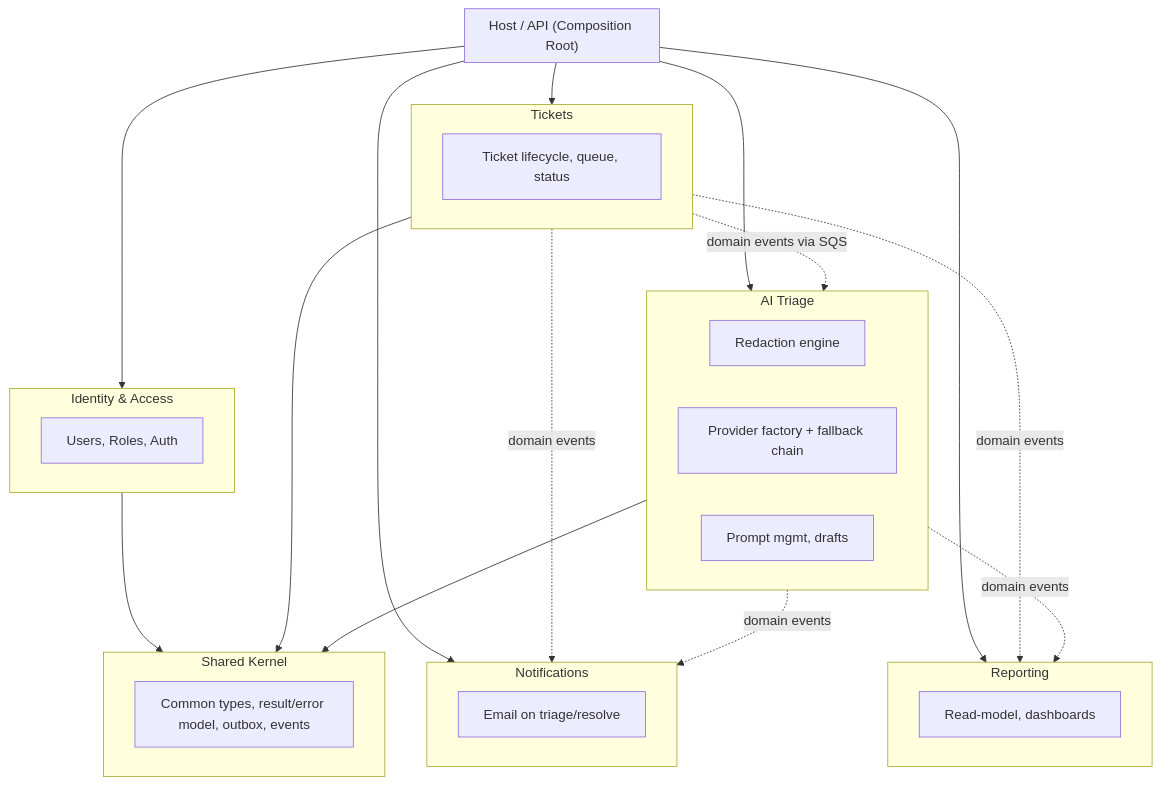
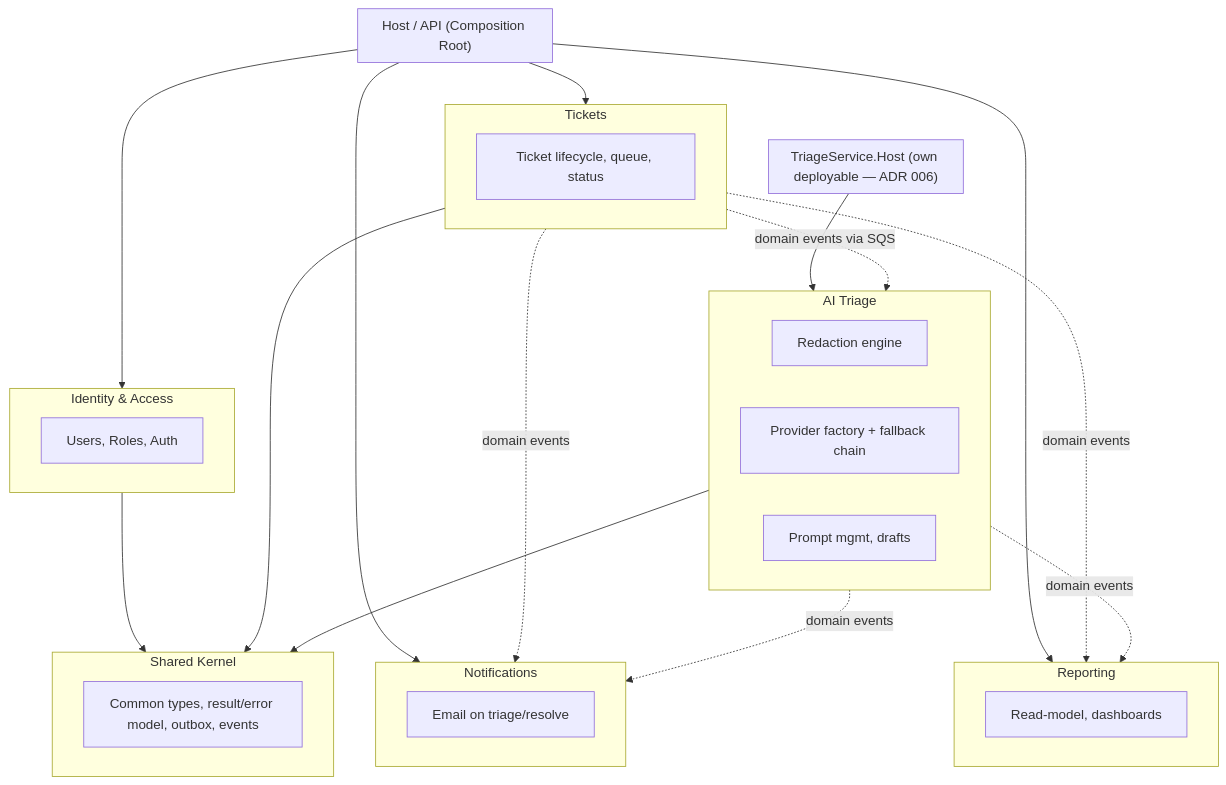
Before and after one commit to xray79/ticket-triage: the diagram in README.md, drawn with Mermaid. The commit also changed other lines of this file and 1 other file, not shown here.

First line of the commit message:
docs: add ADR 006 and update README for the Triage extraction (S1)

````diff
--- a/README.md
+++ b/README.md
@@ -20,45 +21,48 @@
 ```mermaid
 flowchart TB
     subgraph Host["Host / API (Composition Root)"]
+    end
+
+    subgraph TriageHost["TriageService.Host (own deployable — ADR 006)"]
     end
 
     subgraph Identity["Identity & Access"]
         A1[Users, Roles, Auth]
     end
 
     subgraph Tickets["Tickets"]
         T1[Ticket lifecycle, queue, status]
     end
 
     subgraph Triage["AI Triage"]
         R1[Redaction engine]
         R2[Provider factory + fallback chain]
         R3[Prompt mgmt, drafts]
     end
 
     subgraph Notifications["Notifications"]
         N1[Email on triage/resolve]
     end
 
     subgraph Reporting["Reporting"]
         P1[Read-model, dashboards]
     end
 
     subgraph Shared["Shared Kernel"]
         S1[Common types, result/error model, outbox, events]
     end
 
     Host --> Identity
     Host --> Tickets
-    Host --> Triage
     Host --> Notifications
     Host --> Reporting
+    TriageHost --> Triage
     Tickets -.domain events via SQS.-> Triage
     Tickets -.domain events.-> Notifications
     Tickets -.domain events.-> Reporting
     Triage -.domain events.-> Notifications
     Triage -.domain events.-> Reporting
     Identity --> Shared
     Tickets --> Shared
     Triage --> Shared
 ```
````
